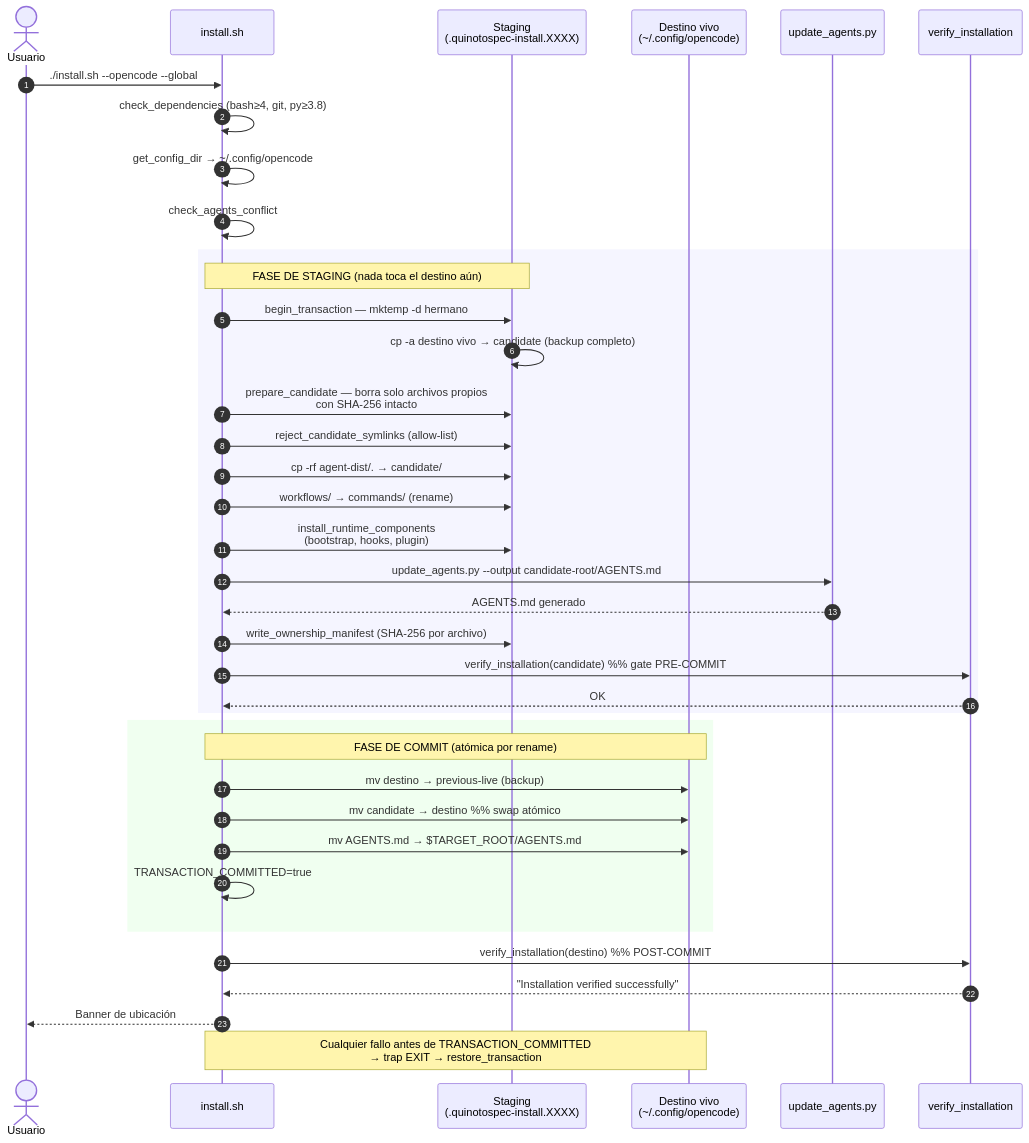
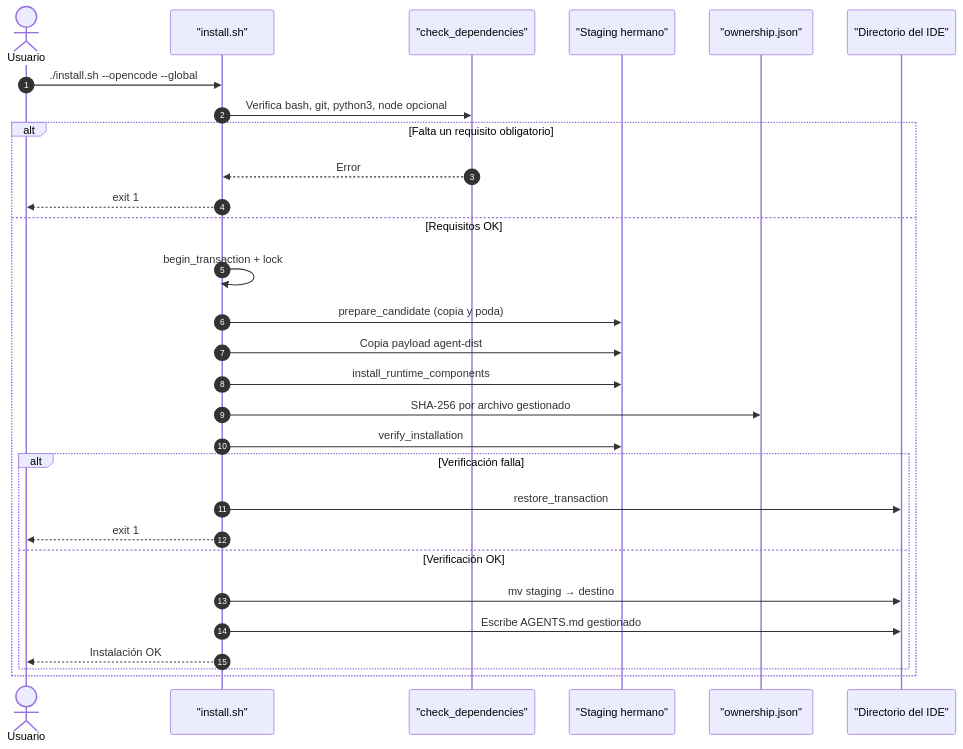
One commit to Quinoto-Tech/QuinotoSpec changed the third of 4 diagrams in .quinoto-spec/discovery/03-architecture.md. Above: the diagram before and after it, drawn with Mermaid. The commit also changed other lines of this file and 8 other files, not shown here.

First line of the commit message:
docs(discovery): refrescar los 8 archivos de contexto del paquete

````diff
--- a/.quinoto-spec/discovery/03-architecture.md
+++ b/.quinoto-spec/discovery/03-architecture.md
@@ -87,45 +149,32 @@
 ```mermaid
 sequenceDiagram
     autonumber
-    actor U as Usuario
-    participant I as install.sh
-    participant S as Staging<br/>(.quinotospec-install.XXXX)
-    participant L as Destino vivo<br/>(~/.config/opencode)
-    participant U_ as update_agents.py
-    participant V as verify_installation
+    actor Usuario
+    participant Installer as "install.sh"
+    participant Deps as "check_dependencies"
+    participant Stage as "Staging hermano"
+    participant Manifest as "ownership.json"
+    participant Target as "Directorio del IDE"
 
-    U->>I: ./install.sh --opencode --global
-    I->>I: check_dependencies (bash≥4, git, py≥3.8)
-    I->>I: get_config_dir → ~/.config/opencode
-    I->>I: check_agents_conflict
-
-    rect rgb(245, 245, 255)
-    Note over I,S: FASE DE STAGING (nada toca el destino aún)
-    I->>S: begin_transaction — mktemp -d hermano
-    S->>S: cp -a destino vivo → candidate (backup completo)
-    I->>S: prepare_candidate — borra solo archivos propios<br/>con SHA-256 intacto
-    I->>S: reject_candidate_symlinks (allow-list)
-    I->>S: cp -rf agent-dist/. → candidate/
-    I->>S: workflows/ → commands/ (rename)
-    I->>S: install_runtime_components<br/>(bootstrap, hooks, plugin)
-    I->>U_: update_agents.py --output candidate-root/AGENTS.md
-    U_-->>I: AGENTS.md generado
-    I->>S: write_ownership_manifest (SHA-256 por archivo)
-    I->>V: verify_installation(candidate)  %% gate PRE-COMMIT
-    V-->>I: OK
+    Usuario->>Installer: ./install.sh --opencode --global
+    Installer->>Deps: Verifica bash, git, python3, node opcional
+    alt Falta un requisito obligatorio
+        Deps-->>Installer: Error
+        Installer-->>Usuario: exit 1
+    else Requisitos OK
+        Installer->>Installer: begin_transaction + lock
+        Installer->>Stage: prepare_candidate (copia y poda)
+        Installer->>Stage: Copia payload agent-dist
+        Installer->>Stage: install_runtime_components
+        Installer->>Manifest: SHA-256 por archivo gestionado
+        Installer->>Stage: verify_installation
+        alt Verificación falla
+            Installer->>Target: restore_transaction
+            Installer-->>Usuario: exit 1
+        else Verificación OK
+            Installer->>Target: mv staging → destino
+            Installer->>Target: Escribe AGENTS.md gestionado
+            Installer-->>Usuario: Instalación OK
+        end
     end
-
-    rect rgb(240, 255, 240)
-    Note over I,L: FASE DE COMMIT (atómica por rename)
-    I->>L: mv destino → previous-live (backup)
-    I->>L: mv candidate → destino  %% swap atómico
-    I->>L: mv AGENTS.md → $TARGET_ROOT/AGENTS.md
-    I->>I: TRANSACTION_COMMITTED=true
-    end
-
-    I->>V: verify_installation(destino)  %% POST-COMMIT
-    V-->>I: "Installation verified successfully"
-    I-->>U: Banner de ubicación
-
-    Note over I,L: Cualquier fallo antes de TRANSACTION_COMMITTED<br/>→ trap EXIT → restore_transaction
 ```
````
